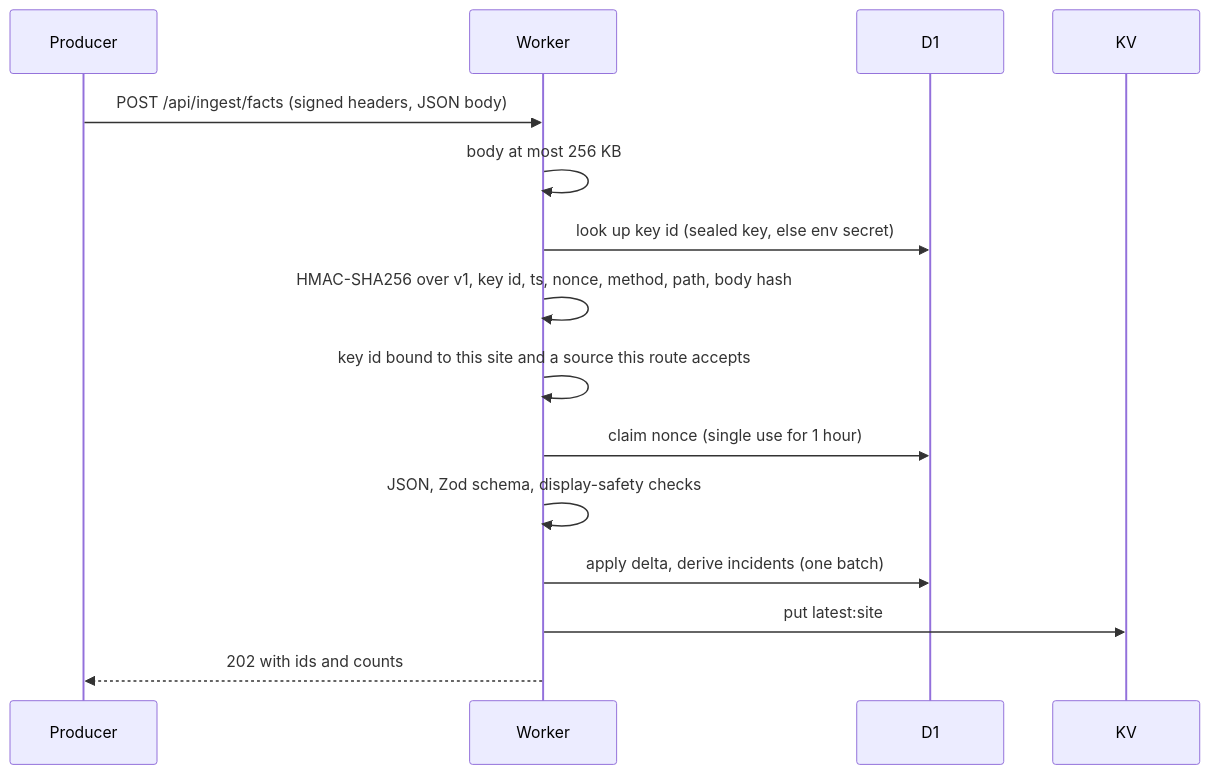
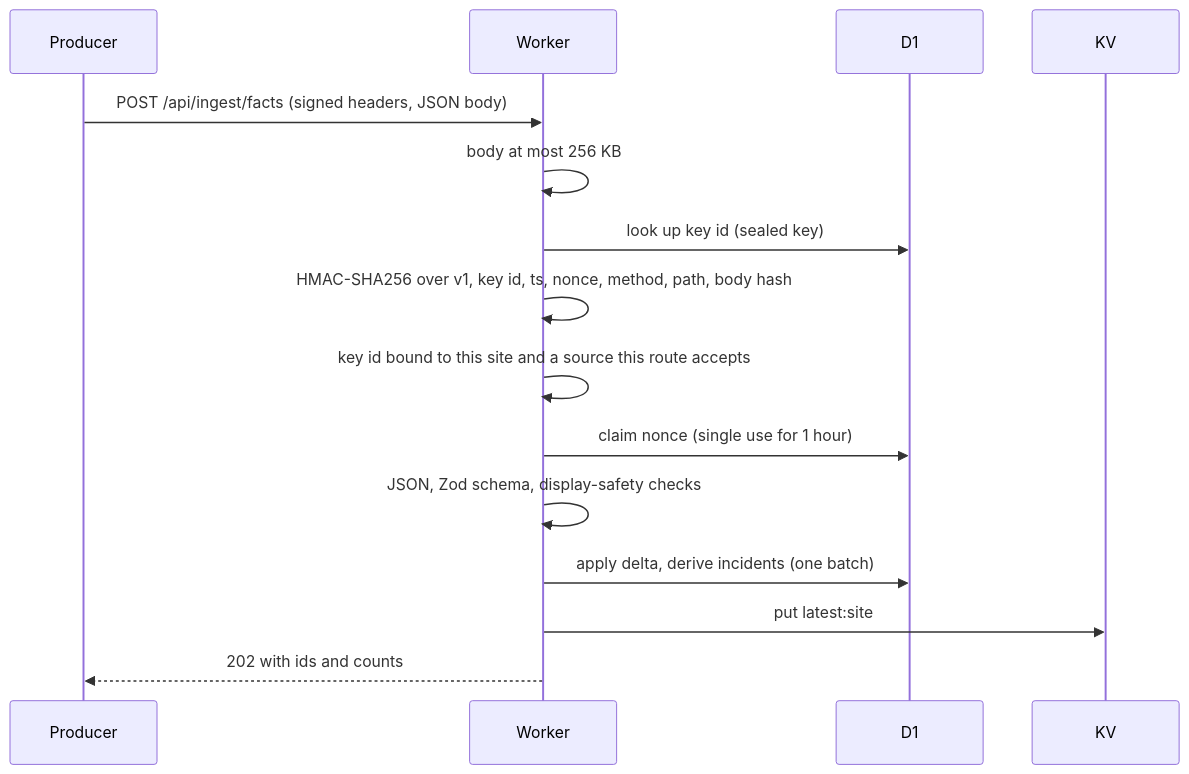
Before and after one commit to bts-io/uptellis: the third of 8 diagrams in docs/architecture.md, drawn with Mermaid. The commit also changed other lines of this file and 38 other files, not shown here.

First line of the commit message:
feat(ingest)!: remove the INGEST_KEY_* env secrets, ingest keys live in d1 only

````diff
--- a/docs/architecture.md
+++ b/docs/architecture.md
@@ -106,17 +106,17 @@
 ```mermaid
 sequenceDiagram
   participant P as Producer
   participant W as Worker
   participant D as D1
   participant K as KV
   P->>W: POST /api/ingest/facts (signed headers, JSON body)
   W->>W: body at most 256 KB
-  W->>D: look up key id (sealed key, else env secret)
+  W->>D: look up key id (sealed key)
   W->>W: HMAC-SHA256 over v1, key id, ts, nonce, method, path, body hash
   W->>W: key id bound to this site and a source this route accepts
   W->>D: claim nonce (single use for 1 hour)
   W->>W: JSON, Zod schema, display-safety checks
   W->>D: apply delta, derive incidents (one batch)
   W->>K: put latest:site
   W-->>P: 202 with ids and counts
 ```
````
